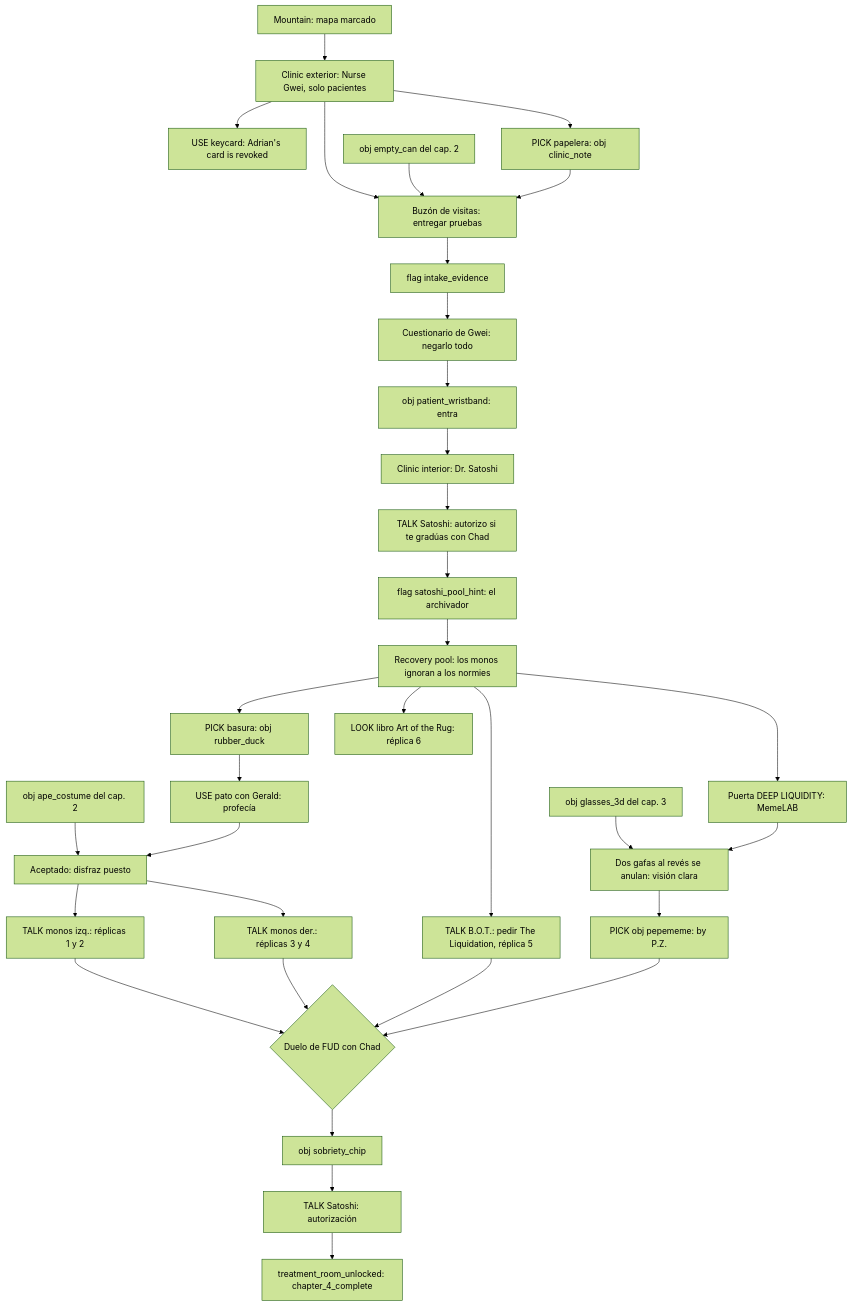
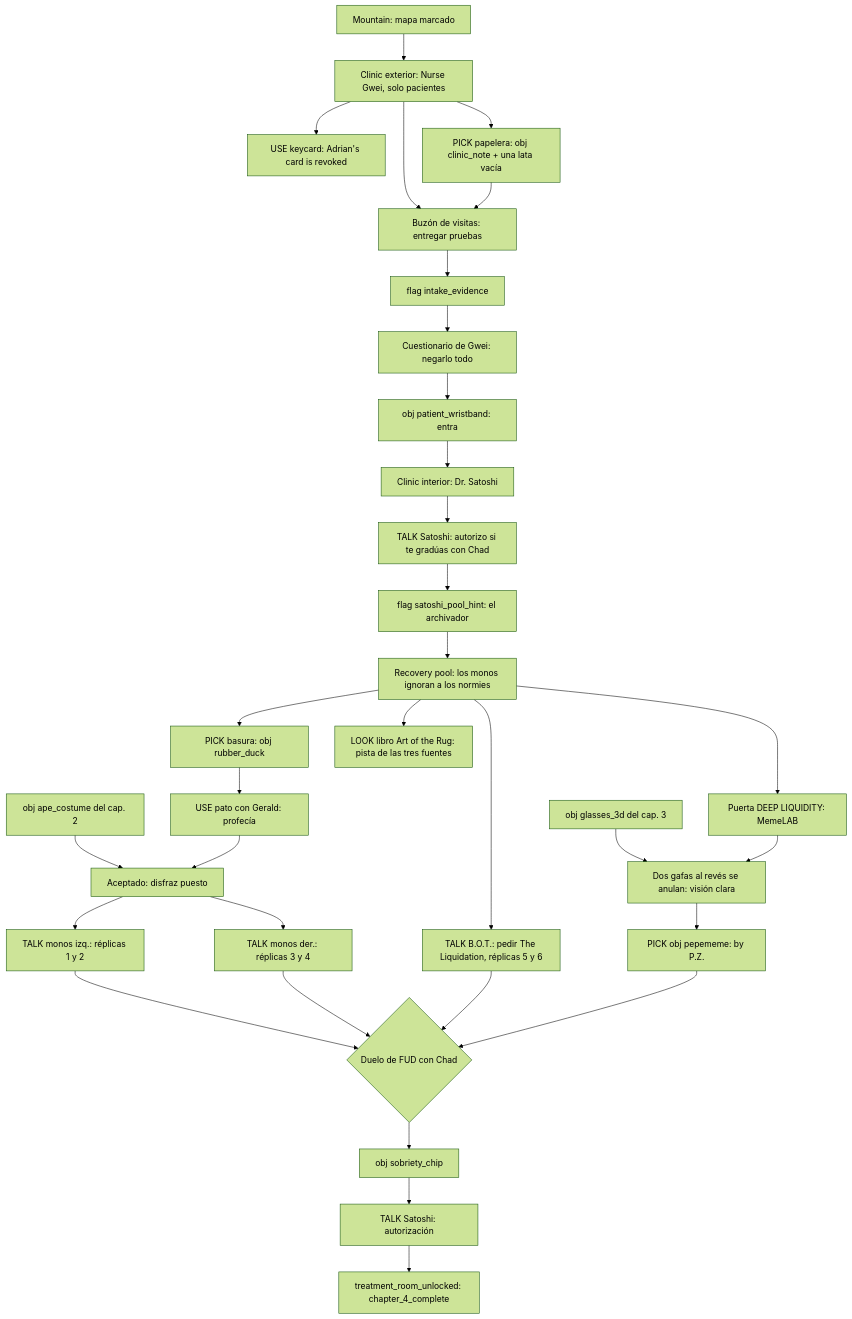
One commit to adriangallery/AdrianAdventure changed the fourth of 5 diagrams in docs/DESIGN_BIBLE.md. Above: the diagram before and after it, drawn with Mermaid (forest theme). The commit also changed other lines of this file and 2 other files, not shown here.

````diff
--- a/docs/DESIGN_BIBLE.md
+++ b/docs/DESIGN_BIBLE.md
@@ -306,35 +339,34 @@
 ```mermaid
 graph TD
   M["Mountain: mapa marcado"] --> CE["Clinic exterior: Nurse Gwei, solo pacientes"]
   CE --> KC["USE keycard: Adrian's card is revoked"]
-  CE --> TRASH["PICK papelera: obj clinic_note"]
+  CE --> TRASH["PICK papelera: obj clinic_note + una lata vacía"]
   CE --> BOX["Buzón de visitas: entregar pruebas"]
-  CAN["obj empty_can del cap. 2"] --> BOX
   TRASH --> BOX
   BOX --> EVID["flag intake_evidence"]
   EVID --> QUIZ["Cuestionario de Gwei: negarlo todo"]
   QUIZ --> BAND["obj patient_wristband: entra"]
   BAND --> CI["Clinic interior: Dr. Satoshi"]
   CI --> SAT["TALK Satoshi: autorizo si te gradúas con Chad"]
   SAT --> POOLHINT["flag satoshi_pool_hint: el archivador"]
   POOLHINT --> POOL["Recovery pool: los monos ignoran a los normies"]
   COST["obj ape_costume del cap. 2"] --> ACCEPT["Aceptado: disfraz puesto"]
   DUCK["PICK basura: obj rubber_duck"] --> GERALDDUCK["USE pato con Gerald: profecía"]
   POOL --> DUCK
   GERALDDUCK --> ACCEPT
   ACCEPT --> APESL["TALK monos izq.: réplicas 1 y 2"]
   ACCEPT --> APESR["TALK monos der.: réplicas 3 y 4"]
-  POOL --> BOT["TALK B.O.T.: pedir The Liquidation, réplica 5"]
-  POOL --> BOOK["LOOK libro Art of the Rug: réplica 6"]
+  POOL --> BOT["TALK B.O.T.: pedir The Liquidation, réplicas 5 y 6"]
+  POOL --> BOOK["LOOK libro Art of the Rug: pista de las tres fuentes"]
   POOL --> DOOR["Puerta DEEP LIQUIDITY: MemeLAB"]
   GL["obj glasses_3d del cap. 3"] --> CLEAR["Dos gafas al revés se anulan: visión clara"]
   DOOR --> CLEAR
   CLEAR --> PEPE["PICK obj pepememe: by P.Z."]
   APESL --> FUD{"Duelo de FUD con Chad"}
   APESR --> FUD
   BOT --> FUD
   PEPE --> FUD
   FUD --> CHIP["obj sobriety_chip"]
   CHIP --> AUTH["TALK Satoshi: autorización"]
   AUTH --> END4["treatment_room_unlocked: chapter_4_complete"]
 ```
````
